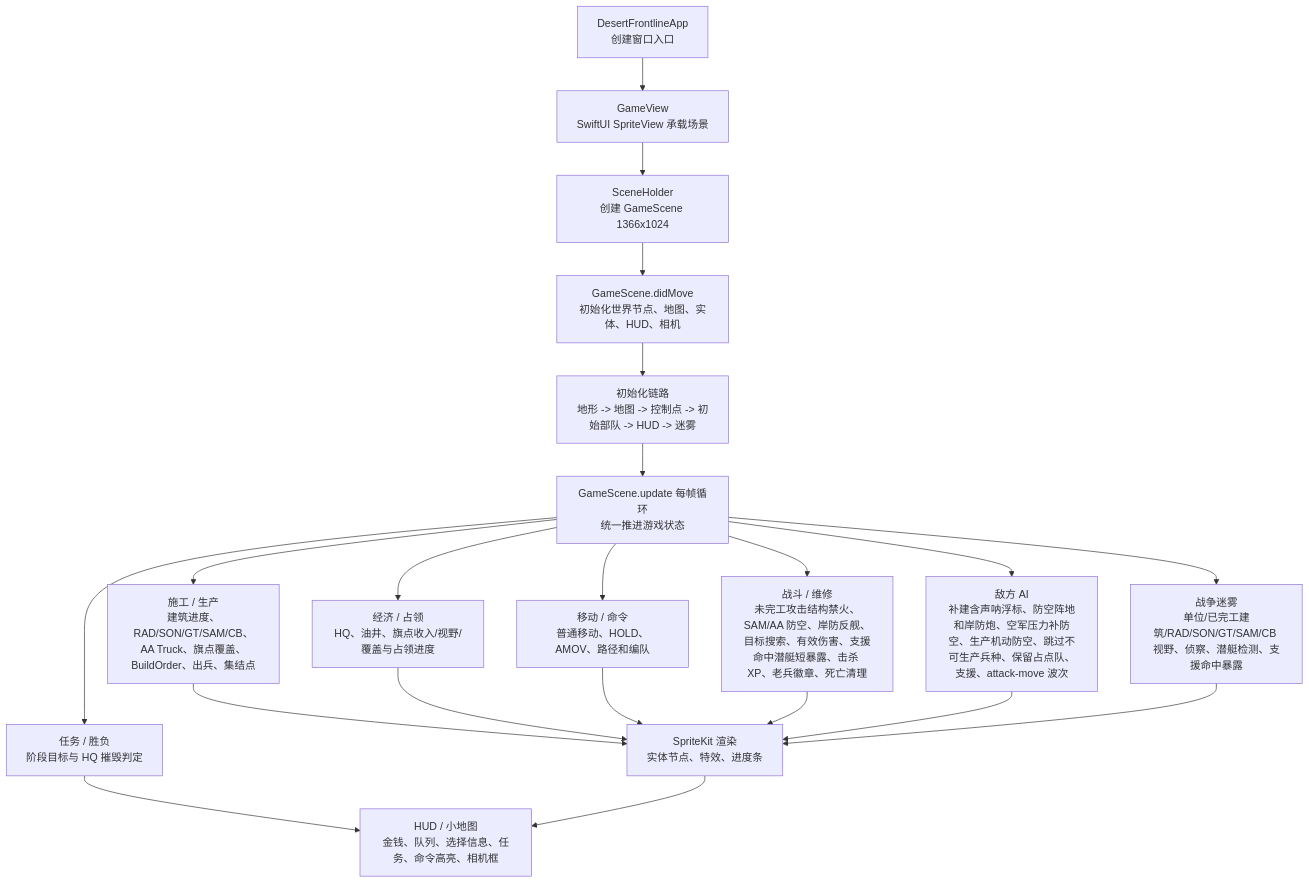
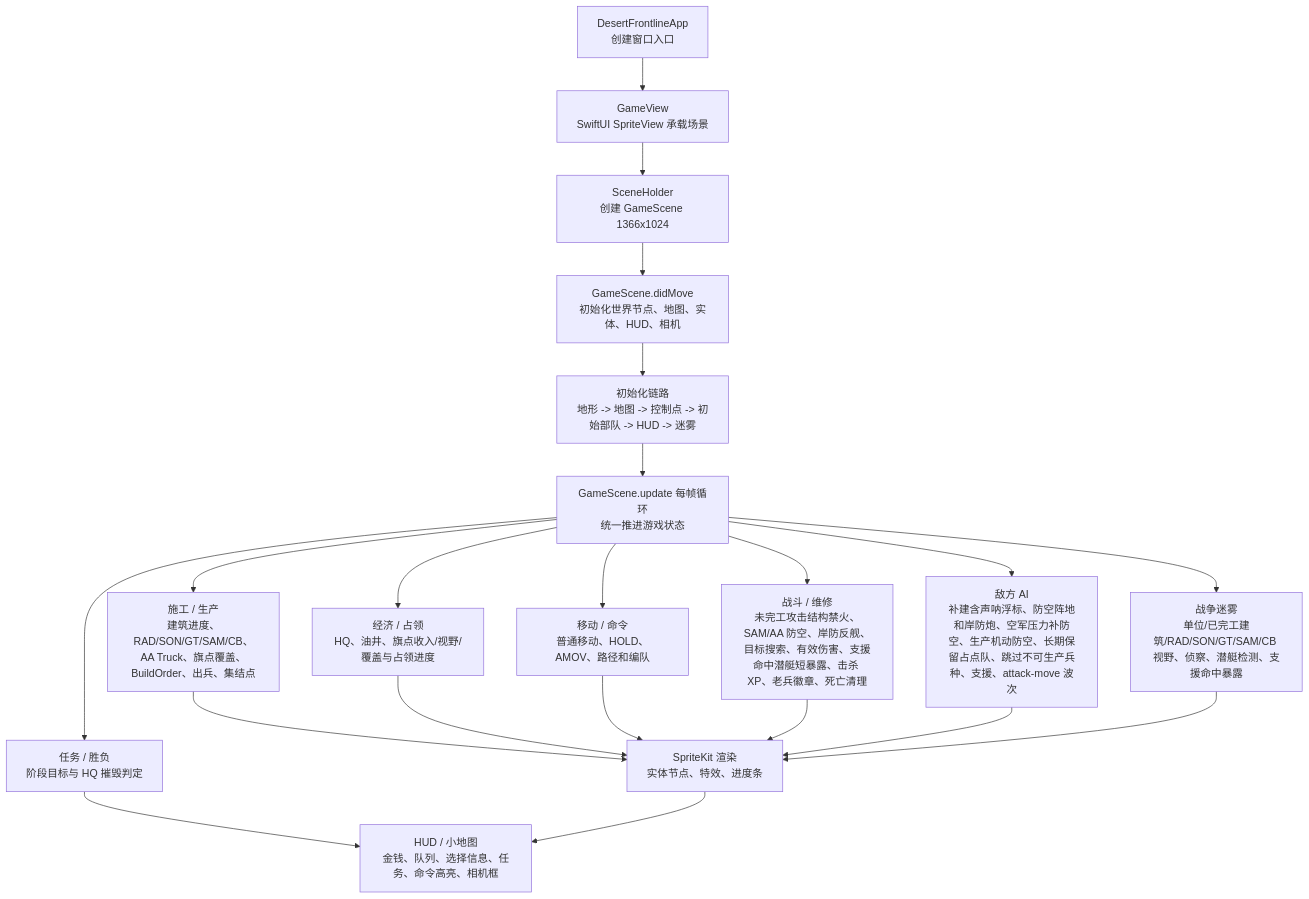
One commit to Altman-sam114/1145 changed the first of 3 diagrams in md/flow/flowchart.md. Above: the diagram before and after it, drawn with Mermaid. The commit also changed 4 other files, not shown here.

````diff
--- a/md/flow/flowchart.md
+++ b/md/flow/flowchart.md
@@ -9,23 +9,23 @@
 ```mermaid
 flowchart TD
   App["DesertFrontlineApp\n创建窗口入口"] --> View["GameView\nSwiftUI SpriteView 承载场景"]
   View --> Holder["SceneHolder\n创建 GameScene 1366x1024"]
   Holder --> Scene["GameScene.didMove\n初始化世界节点、地图、实体、HUD、相机"]
   Scene --> Init["初始化链路\n地形 -> 地图 -> 控制点 -> 初始部队 -> HUD -> 迷雾"]
   Init --> Loop["GameScene.update 每帧循环\n统一推进游戏状态"]
   Loop --> Build["施工 / 生产\n建筑进度、RAD/SON/GT/SAM/CB、AA Truck、旗点覆盖、BuildOrder、出兵、集结点"]
   Loop --> Economy["经济 / 占领\nHQ、油井、旗点收入/视野/覆盖与占领进度"]
   Loop --> Commands["移动 / 命令\n普通移动、HOLD、AMOV、路径和编队"]
   Loop --> Combat["战斗 / 维修\n未完工攻击结构禁火、SAM/AA 防空、岸防反舰、目标搜索、有效伤害、支援命中潜艇短暴露、击杀 XP、老兵徽章、死亡清理"]
-  Loop --> AI["敌方 AI\n补建含声呐浮标、防空阵地和岸防炮、空军压力补防空、生产机动防空、跳过不可生产兵种、保留占点队、支援、attack-move 波次"]
+  Loop --> AI["敌方 AI\n补建含声呐浮标、防空阵地和岸防炮、空军压力补防空、生产机动防空、长期保留占点队、跳过不可生产兵种、支援、attack-move 波次"]
   Loop --> Fog["战争迷雾\n单位/已完工建筑/RAD/SON/GT/SAM/CB 视野、侦察、潜艇检测、支援命中暴露"]
   Loop --> Mission["任务 / 胜负\n阶段目标与 HQ 摧毁判定"]
   Build --> Render["SpriteKit 渲染\n实体节点、特效、进度条"]
   Economy --> Render
   Commands --> Render
   Combat --> Render
   AI --> Render
   Fog --> Render
   Mission --> HUD["HUD / 小地图\n金钱、队列、选择信息、任务、命令高亮、相机框"]
   Render --> HUD
 ```
````
